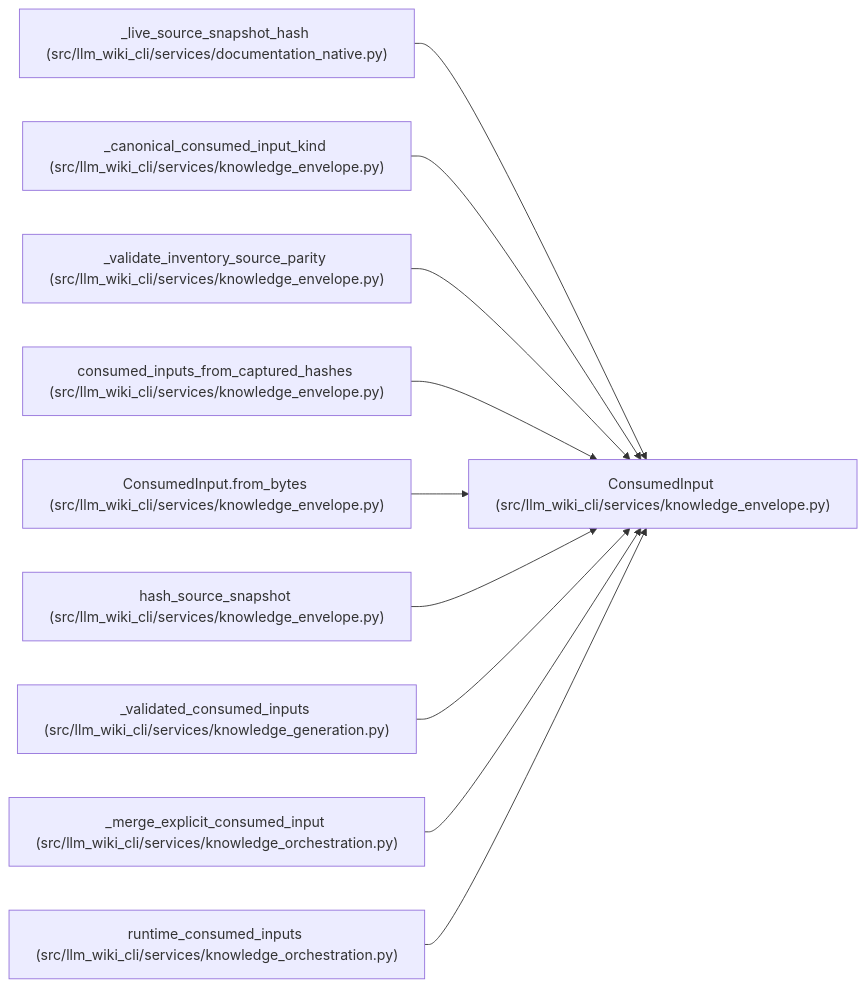
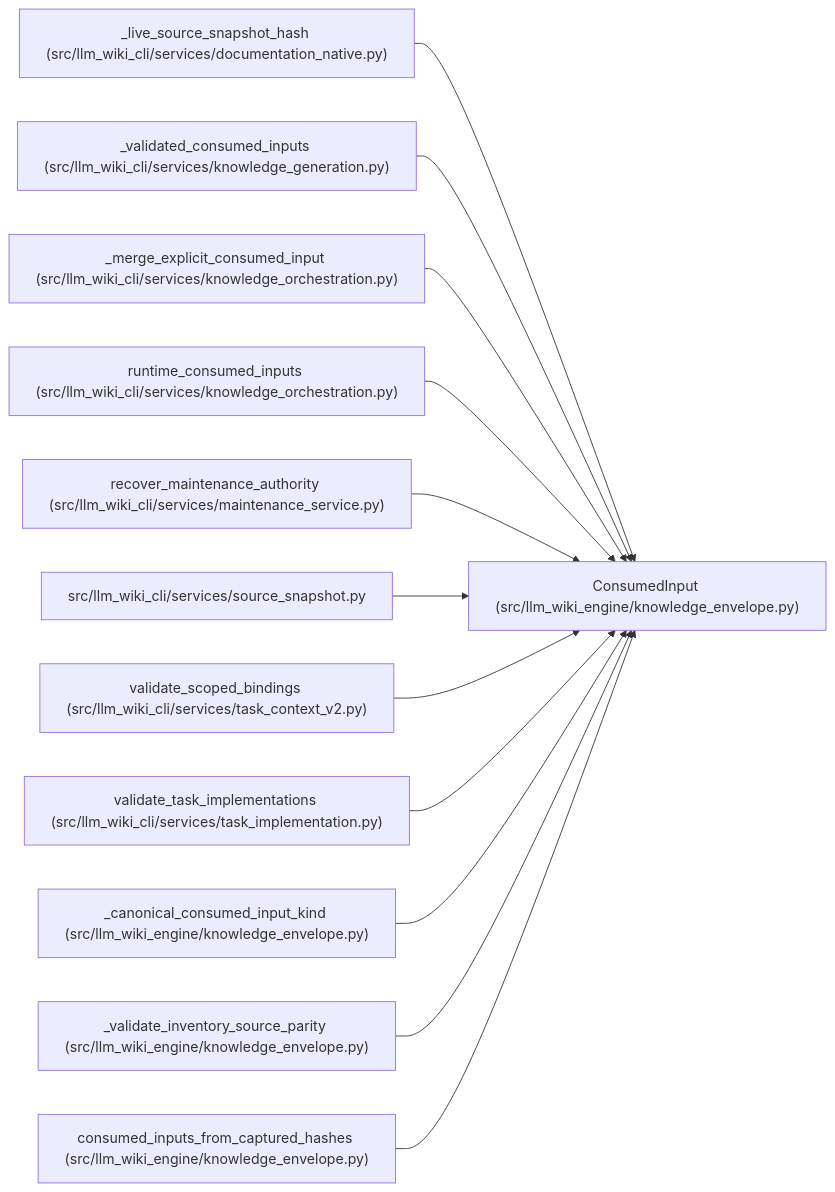
One commit to Denissvgn/python-wiki-llm changed the diagram in docs/llm_wiki/entities/ConsumedInput.md. Above: the diagram before and after it, drawn with Mermaid. The commit also changed other lines of this file and 1058 other files, not shown here.

First line of the commit message:
docs: refresh the wiki for the knowledge store move

````diff
--- a/docs/llm_wiki/entities/ConsumedInput.md
+++ b/docs/llm_wiki/entities/ConsumedInput.md
@@ -33,32 +33,38 @@
 ```mermaid
 flowchart LR
-    n0["ConsumedInput (src/llm_wiki_cli/services/knowledge_envelope.py)"]
+    n0["ConsumedInput (src/llm_wiki_engine/knowledge_envelope.py)"]
     n1["_live_source_snapshot_hash (src/llm_wiki_cli/services/documentation_native.py)"]
-    n2["_canonical_consumed_input_kind (src/llm_wiki_cli/services/knowledge_envelope.py)"]
-    n3["_validate_inventory_source_parity (src/llm_wiki_cli/services/knowledge_envelope.py)"]
-    n4["consumed_inputs_from_captured_hashes (src/llm_wiki_cli/services/knowledge_envelope.py)"]
-    n5["ConsumedInput.from_bytes (src/llm_wiki_cli/services/knowledge_envelope.py)"]
-    n6["hash_source_snapshot (src/llm_wiki_cli/services/knowledge_envelope.py)"]
-    n7["_validated_consumed_inputs (src/llm_wiki_cli/services/knowledge_generation.py)"]
-    n8["_merge_explicit_consumed_input (src/llm_wiki_cli/services/knowledge_orchestration.py)"]
-    n9["runtime_consumed_inputs (src/llm_wiki_cli/services/knowledge_orchestration.py)"]
+    n2["_validated_consumed_inputs (src/llm_wiki_cli/services/knowledge_generation.py)"]
+    n3["_merge_explicit_consumed_input (src/llm_wiki_cli/services/knowledge_orchestration.py)"]
+    n4["runtime_consumed_inputs (src/llm_wiki_cli/services/knowledge_orchestration.py)"]
+    n5["recover_maintenance_authority (src/llm_wiki_cli/services/maintenance_service.py)"]
+    n6["src/llm_wiki_cli/services/source_snapshot.py"]
+    n7["validate_scoped_bindings (src/llm_wiki_cli/services/task_context_v2.py)"]
+    n8["validate_task_implementations (src/llm_wiki_cli/services/task_implementation.py)"]
+    n9["_canonical_consumed_input_kind (src/llm_wiki_engine/knowledge_envelope.py)"]
+    n10["_validate_inventory_source_parity (src/llm_wiki_engine/knowledge_envelope.py)"]
+    n11["consumed_inputs_from_captured_hashes (src/llm_wiki_engine/knowledge_envelope.py)"]
     n1 --> n0
     n2 --> n0
     n3 --> n0
     n4 --> n0
     n5 --> n0
     n6 --> n0
     n7 --> n0
     n8 --> n0
     n9 --> n0
+    n10 --> n0
+    n11 --> n0
     click n0 "../modules/knowledge_envelope.md"
     click n1 "../modules/documentation_native.md"
-    click n2 "../modules/knowledge_envelope.md"
-    click n3 "../modules/knowledge_envelope.md"
-    click n4 "../modules/knowledge_envelope.md"
-    click n5 "../modules/knowledge_envelope.md"
-    click n6 "../modules/knowledge_envelope.md"
-    click n7 "../modules/knowledge_generation.md"
-    click n8 "../modules/knowledge_orchestration.md"
-    click n9 "../modules/knowledge_orchestration.md"
+    click n2 "../modules/knowledge_generation.md"
+    click n3 "../modules/knowledge_orchestration.md"
+    click n4 "../modules/knowledge_orchestration.md"
+    click n5 "../modules/maintenance_service.md"
+    click n6 "../modules/source_snapshot.md"
+    click n7 "../modules/task_context_v2.md"
+    click n8 "../modules/task_implementation.md"
+    click n9 "../modules/knowledge_envelope.md"
+    click n10 "../modules/knowledge_envelope.md"
+    click n11 "../modules/knowledge_envelope.md"
 ```
````
